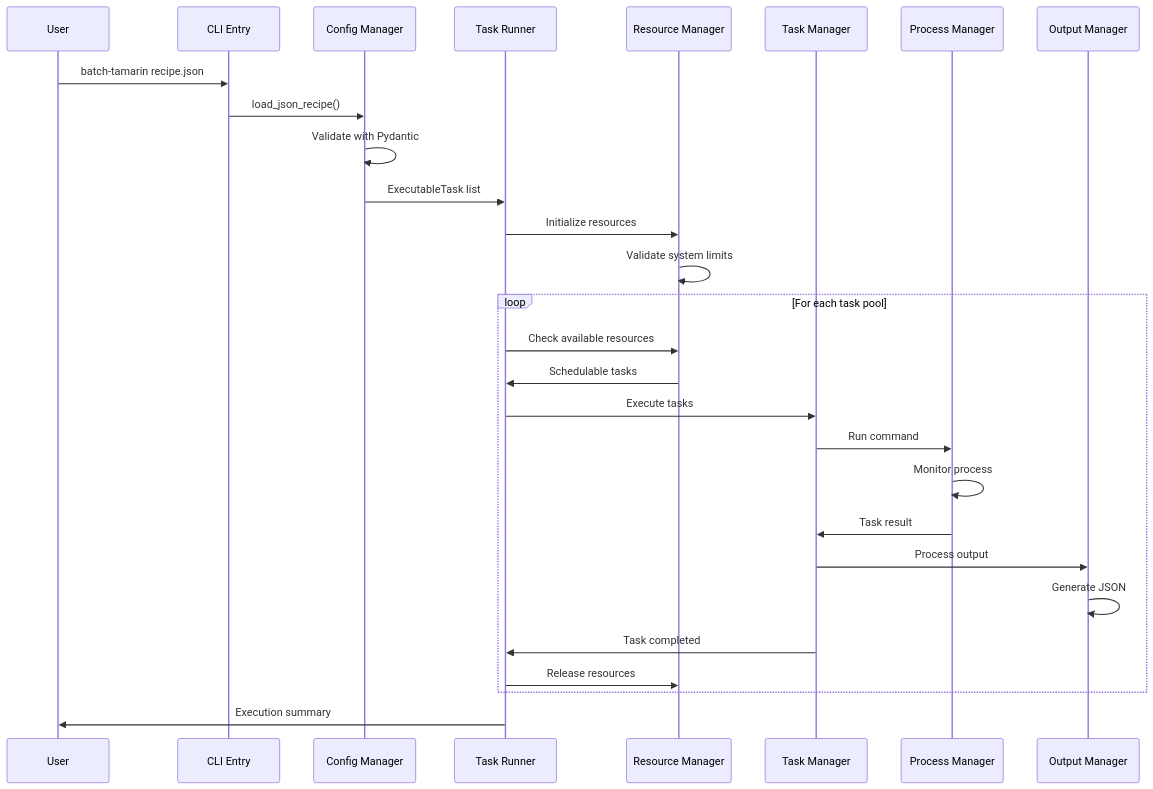
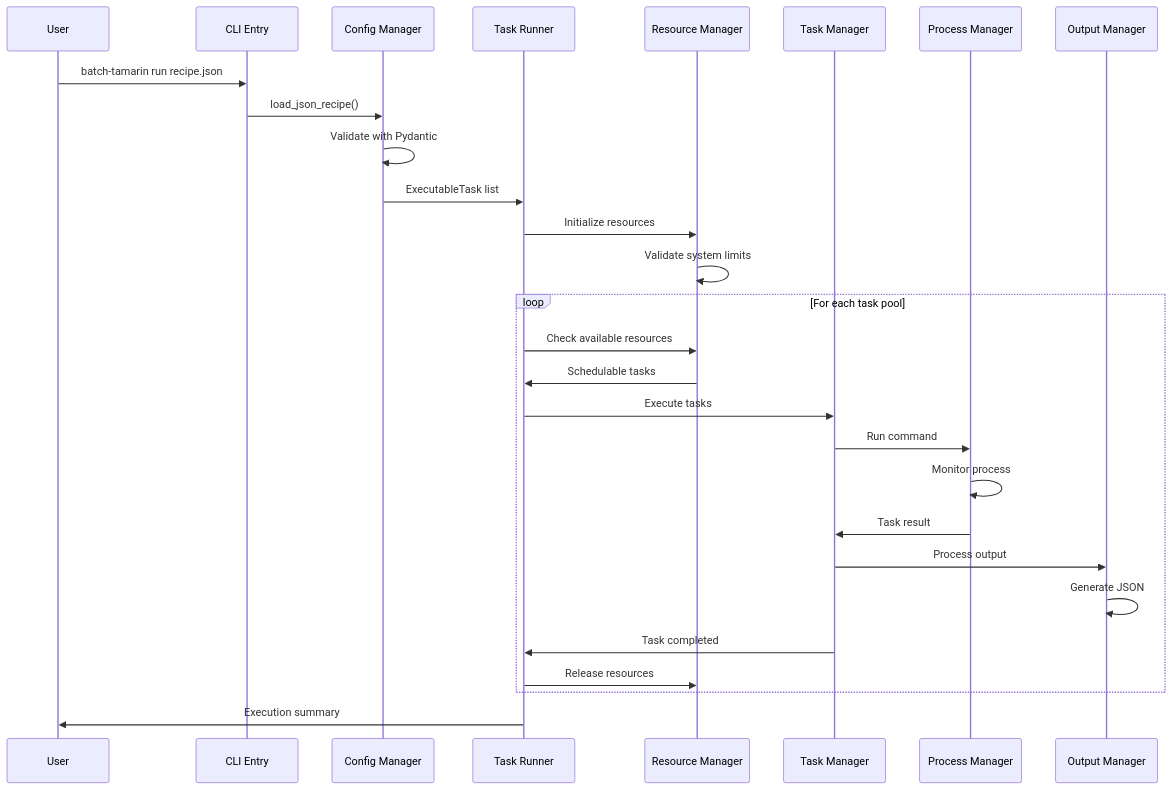
One commit to tamarin-prover/batch-tamarin changed the second of 11 diagrams in ARCHITECTURE.md. Above: the diagram before and after it, drawn with Mermaid. The commit also changed other lines of this file and 1 other file, not shown here.

Commit message:
docs(architecture): update architecture documentation to reflect new CLI commands and validation features

````diff
--- a/ARCHITECTURE.md
+++ b/ARCHITECTURE.md
@@ -116,33 +136,33 @@
 ```mermaid
 sequenceDiagram
     participant User
     participant CLI as CLI Entry
     participant CM as Config Manager
     participant TR as Task Runner
     participant RM as Resource Manager
     participant TM as Task Manager
     participant PM as Process Manager
     participant OM as Output Manager
 
-    User->>CLI: batch-tamarin recipe.json
+    User->>CLI: batch-tamarin run recipe.json
     CLI->>CM: load_json_recipe()
     CM->>CM: Validate with Pydantic
     CM->>TR: ExecutableTask list
     TR->>RM: Initialize resources
     RM->>RM: Validate system limits
 
     loop For each task pool
         TR->>RM: Check available resources
         RM->>TR: Schedulable tasks
         TR->>TM: Execute tasks
         TM->>PM: Run command
         PM->>PM: Monitor process
         PM->>TM: Task result
         TM->>OM: Process output
         OM->>OM: Generate JSON
         TM->>TR: Task completed
         TR->>RM: Release resources
     end
 
     TR->>User: Execution summary
 ```
````
